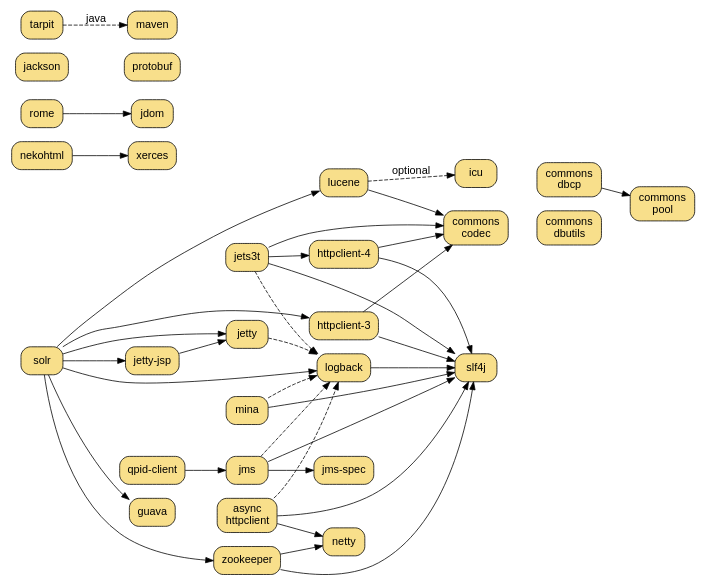
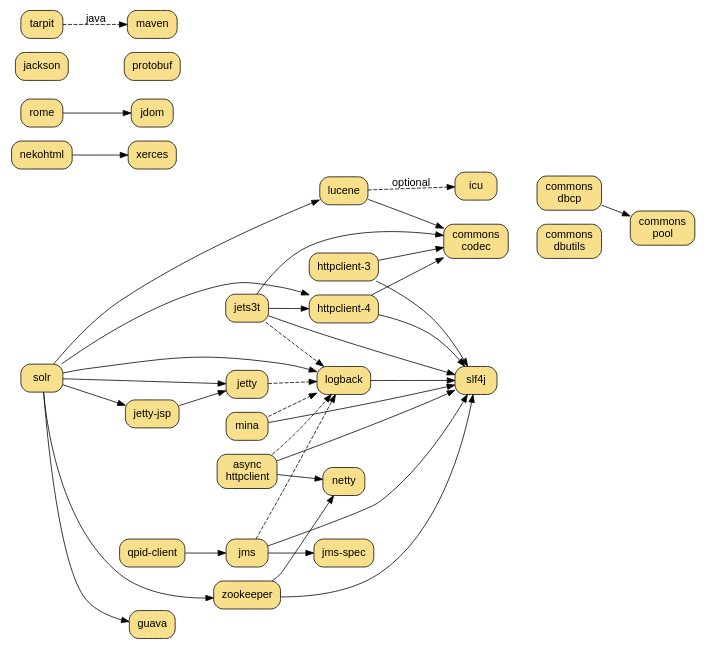
The diagram in www/rjack.dot (dekellum/rjack), drawn with Graphviz before and after one commit.

Commit message:
www: dot: solr 4 depends on httpclient-4

```diff
--- a/www/rjack.dot
+++ b/www/rjack.dot
@@ -1,127 +1,127 @@
 digraph "RJack Gem Dependency Graph" {
   bgcolor="transparent";
   rankdir=LR;
   size="7.0,6.5";
   node [ shape=box, style="filled,rounded", fillcolor="#f8df8b",
          fontname="Arial", margin="0.15,0.1" ];
   edge [ fontname="Arial" ];
 
   "solr"          [ target=_parent, URL="solr/" ];
   "lucene"        [ target=_parent, URL="lucene/" ];
 
   "jets3t"        [ target=_parent, URL="jets3t/" ];
 
   "httpclient-3"  [ target=_parent, URL="httpclient-3/" ];
   "httpclient-4"  [ target=_parent, URL="httpclient-4/" ];
 
   "icu"           [ target=_parent, URL="icu/" ];
 
   "jetty"         [ target=_parent, URL="jetty/" ];
   "jetty-jsp"     [ target=_parent, URL="jetty-jsp/" ];
 
   "slf4j"         [ target=_parent, URL="slf4j/", group=log ];
   "logback"       [ target=_parent, URL="logback/", group=log ];
 
   "commons-codec" [ label=<commons<br/>codec>
                     target=_parent, URL="commons-codec/", group=commons ];
 
   "jms-spec"      [ target=_parent, URL="jms-spec/", group=net ];
   "jms"           [ target=_parent, URL="jms/", group=net ];
   "mina"          [ target=_parent, URL="mina/", group=net ];
   "qpid-client"   [ target=_parent, URL="qpid-client/", group=net ];
 
   "async-httpclient" [ label=<async<br/>httpclient>
                        target=_parent, URL="async-httpclient/" ];
 
   "netty"         [ target=_parent, URL="netty/", group=net ];
   "zookeeper"     [ target=_parent, URL="zookeeper/" ];
   "guava"         [ target=_parent, URL="guava/" ];
 
   subgraph cluster_db {
     style=invis
     "commons-dbcp"    [ label=<commons<br/>dbcp>
                         target=_parent, URL="commons-dbcp/", group=commons ];
     "commons-dbutils" [ label=<commons<br/>dbutils>
                         target=_parent, URL="commons-dbutils/", group=commons ];
     "commons-pool"    [ label=<commons<br/>pool>
                         target=_parent, URL="commons-pool/", group=commons ];
   }
   subgraph cluster_xml {
     style=invis
 
     "rome"          [ target=_parent, URL="rome/", group=ml ];
     "jdom"          [ target=_parent, URL="jdom/", group=ml ];
     "nekohtml"      [ target=_parent, URL="nekohtml/", group=ml ];
     "xerces"        [ target=_parent, URL="xerces/", group=ml ];
 
     "rome" -> "xerces" [ style=invis ];
   }
 
   subgraph cluster_ser {
     style=invis
     "jackson"       [ target=_parent, URL="jackson/", group=ser ];
     "protobuf"      [ target=_parent, URL="protobuf/", group=ser ];
     "jackson" -> "protobuf" [ style=invis ];
   }
 
   "tarpit"        [ target=_parent, URL="tarpit/" ];
   "maven"         [ target=_parent, URL="maven/" ];
 
   "commons-dbcp" -> "commons-pool";
   "commons-dbutils" -> "commons-pool" [ style=invis ];
 
   "tarpit"       -> "maven" [ style=dashed, label="java" ];
 
   "jets3t"       -> "logback" [ style=dashed ];
   "jets3t"       -> "httpclient-4";
   "jets3t"       -> "commons-codec";
   "jets3t"       -> "slf4j";
 
   "rome"         -> "jdom"
   "nekohtml"     -> "xerces"
 
   "httpclient-3"   -> "commons-codec";
   "httpclient-4"   -> "commons-codec";
 #  "httpclient"   -> "logback" [ style=dashed ];
   "httpclient-3"   -> "slf4j";
   "httpclient-4"   -> "slf4j";
 
   "jetty-jsp"    -> "jetty";
   "jetty"        -> "logback" [ style=dashed ];
 #  "jetty"        -> "slf4j"   [ style=dashed ];
 
   "logback"      -> "slf4j";
 
   "jms"          -> "jms-spec";
   "jms"          -> "slf4j";
   "jms"          -> "logback" [ style=dashed ];
 
   "mina"         -> "slf4j";
   "mina"         -> "logback" [ style=dashed ];
 
   "qpid-client"  -> "jms";
 #  "qpid-client"  -> "slf4j";
 #  "qpid-client"  -> "logback" [ style=dashed ];
 
   "async-httpclient" -> "slf4j"
   "async-httpclient" -> "logback" [ style=dashed ];
 
   "lucene" -> "commons-codec"
   "lucene" -> "icu"           [ style=dashed, label="optional" ];
 
   "solr"   -> "lucene"
   "solr"   -> "jetty"
   "solr"   -> "jetty-jsp"
-  "solr"   -> "httpclient-3"
+  "solr"   -> "httpclient-4"
   "solr"   -> "logback";
 #  "solr"   -> "slf4j"
 
 # for association only
   "commons-codec" -> "commons-dbutils" [ style=invis ];
 
   "solr"   -> "guava"
   "solr"   -> "zookeeper"
   "zookeeper" -> "netty"
   "zookeeper" -> "slf4j"
   "async-httpclient" -> "netty"
 }
```
